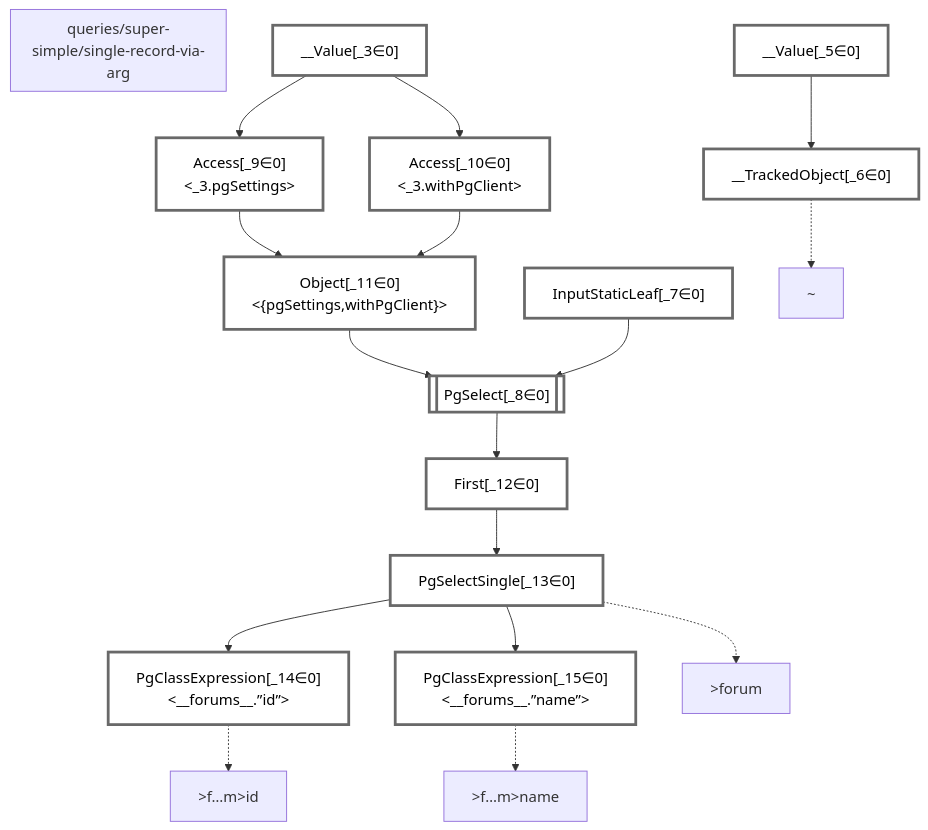
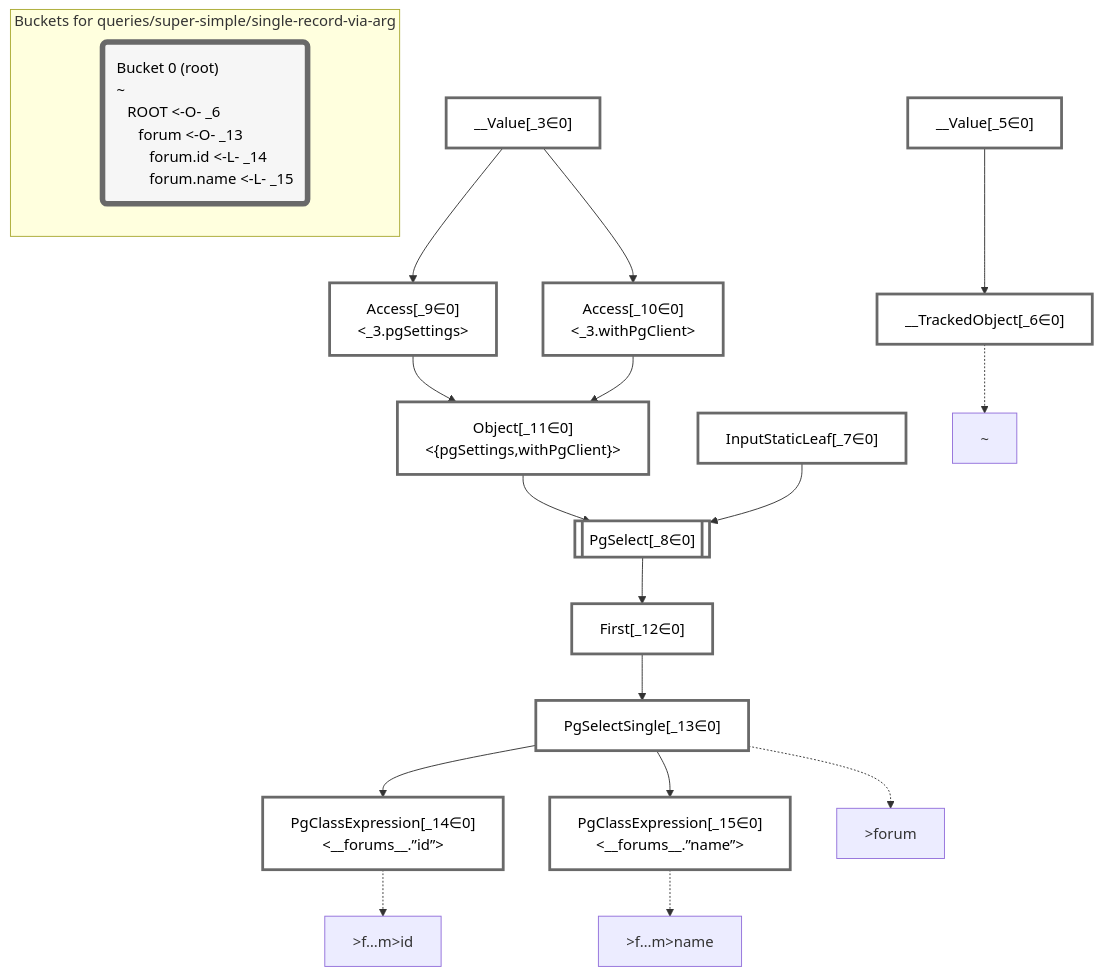
The diagram in packages/dataplan-pg/__tests__/queries/super-simple/single-record-via-arg.mermaid.md (graphile/crystal), drawn with Mermaid before and after one commit. The commit also changed 37 other files, not shown here.

````diff
--- a/packages/dataplan-pg/__tests__/queries/super-simple/single-record-via-arg.mermaid.md
+++ b/packages/dataplan-pg/__tests__/queries/super-simple/single-record-via-arg.mermaid.md
@@ -1,52 +1,55 @@
 ```mermaid
 graph TD
-    subgraph "queries/super-simple/single-record-via-arg"
-    end
     classDef path fill:#eee,stroke:#000,color:#000
     classDef plan fill:#fff,stroke-width:3px,color:#000
     classDef itemplan fill:#fff,stroke-width:6px,color:#000
     classDef sideeffectplan fill:#f00,stroke-width:6px,color:#000
     classDef bucket fill:#f6f6f6,color:#000,stroke-width:6px,text-align:left
 
 
     %% define plans
     __Value_3["__Value[_3∈0]<br /><context>"]:::plan
     __Value_5["__Value[_5∈0]<br /><rootValue>"]:::plan
     __TrackedObject_6["__TrackedObject[_6∈0]"]:::plan
     InputStaticLeaf_7["InputStaticLeaf[_7∈0]"]:::plan
     PgSelect_8[["PgSelect[_8∈0]<br /><forums>"]]:::plan
     Access_9["Access[_9∈0]<br /><_3.pgSettings>"]:::plan
     Access_10["Access[_10∈0]<br /><_3.withPgClient>"]:::plan
     Object_11["Object[_11∈0]<br /><{pgSettings,withPgClient}>"]:::plan
     First_12["First[_12∈0]"]:::plan
     PgSelectSingle_13["PgSelectSingle[_13∈0]<br /><forums>"]:::plan
     PgClassExpression_14["PgClassExpression[_14∈0]<br /><__forums__.”id”>"]:::plan
     PgClassExpression_15["PgClassExpression[_15∈0]<br /><__forums__.”name”>"]:::plan
 
     %% plan dependencies
     __Value_5 --> __TrackedObject_6
     Object_11 --> PgSelect_8
     InputStaticLeaf_7 --> PgSelect_8
     __Value_3 --> Access_9
     __Value_3 --> Access_10
     Access_9 --> Object_11
     Access_10 --> Object_11
     PgSelect_8 --> First_12
     First_12 --> PgSelectSingle_13
     PgSelectSingle_13 --> PgClassExpression_14
     PgSelectSingle_13 --> PgClassExpression_15
 
     %% plan-to-path relationships
     P_6["~"]
     __TrackedObject_6 -.-> P_6
     P_13[">forum"]
     PgSelectSingle_13 -.-> P_13
     P_14[">f…m>id"]
     PgClassExpression_14 -.-> P_14
     P_15[">f…m>name"]
     PgClassExpression_15 -.-> P_15
 
     %% allocate buckets
     classDef bucket0 stroke:#696969
     class __Value_3,__Value_5,__TrackedObject_6,InputStaticLeaf_7,PgSelect_8,Access_9,Access_10,Object_11,First_12,PgSelectSingle_13,PgClassExpression_14,PgClassExpression_15 bucket0
+
+    subgraph "Buckets for queries/super-simple/single-record-via-arg"
+    Bucket0("Bucket 0 (root)<br />~<br />⠀ROOT <-O- _6<br />⠀⠀forum <-O- _13<br />⠀⠀⠀forum.id <-L- _14<br />⠀⠀⠀forum.name <-L- _15"):::bucket
+    style Bucket0 stroke:#696969
+    end
 ```
````
